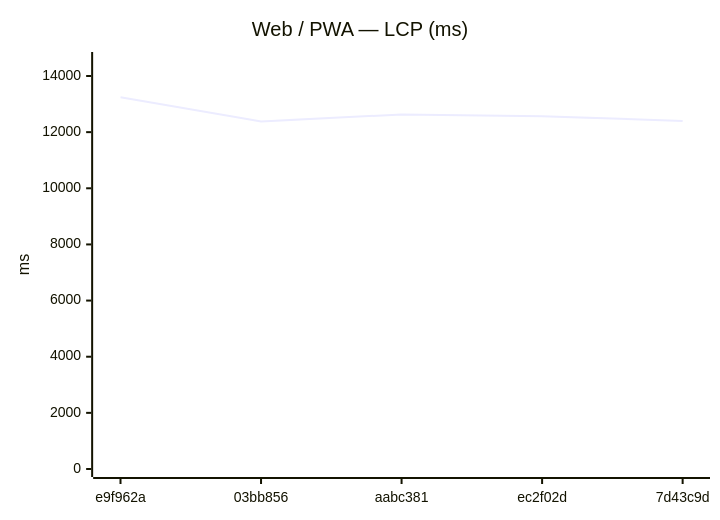
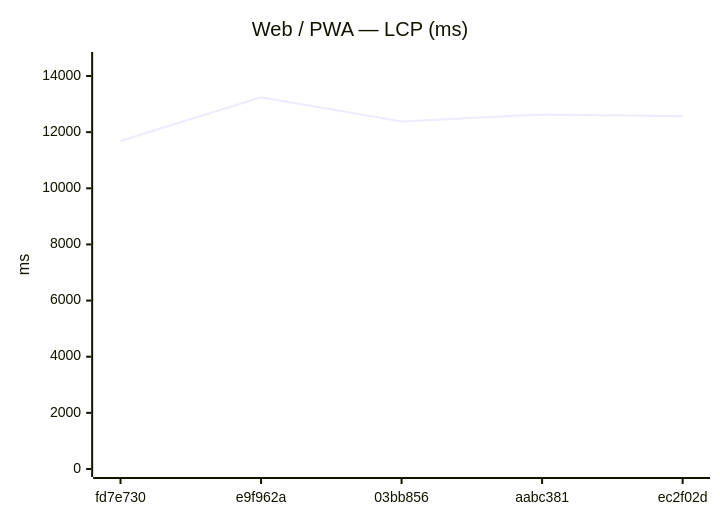
One commit to Metaheurist/Rianell changed the seventh of 18 diagrams in benchmarks/compare.md. Above: the diagram before and after it, drawn with Mermaid. The commit also changed other lines of this file and 11 other files, not shown here.

````diff
--- a/benchmarks/compare.md
+++ b/benchmarks/compare.md
@@ -117,7 +117,7 @@
 ```mermaid
 xychart-beta
     title "Web / PWA — LCP (ms)"
-    x-axis ["e9f962a", "03bb856", "aabc381", "ec2f02d", "7d43c9d"]
+    x-axis ["fd7e730", "e9f962a", "03bb856", "aabc381", "ec2f02d"]
     y-axis "ms" 0 --> 14570
-    line [13245, 12382, 12632, 12566, 12399]
+    line [11687, 13245, 12382, 12632, 12566]
 ```
````
